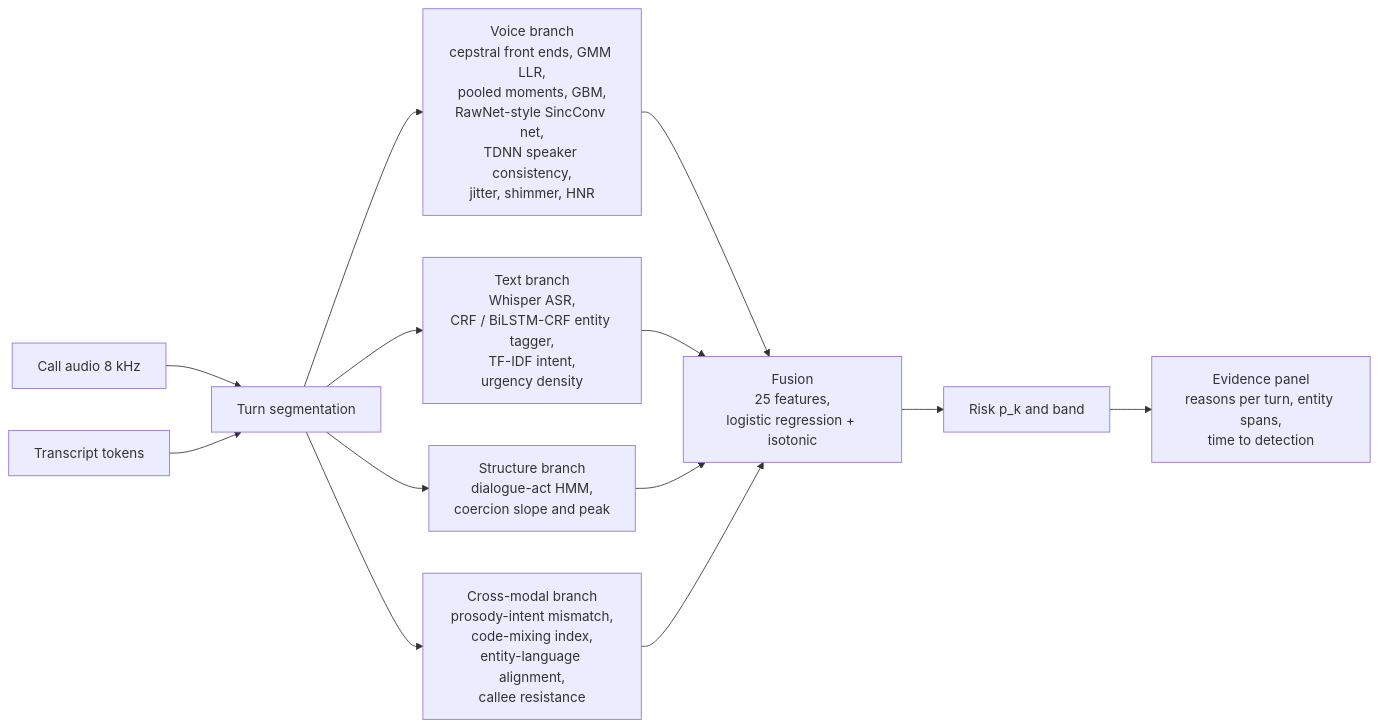
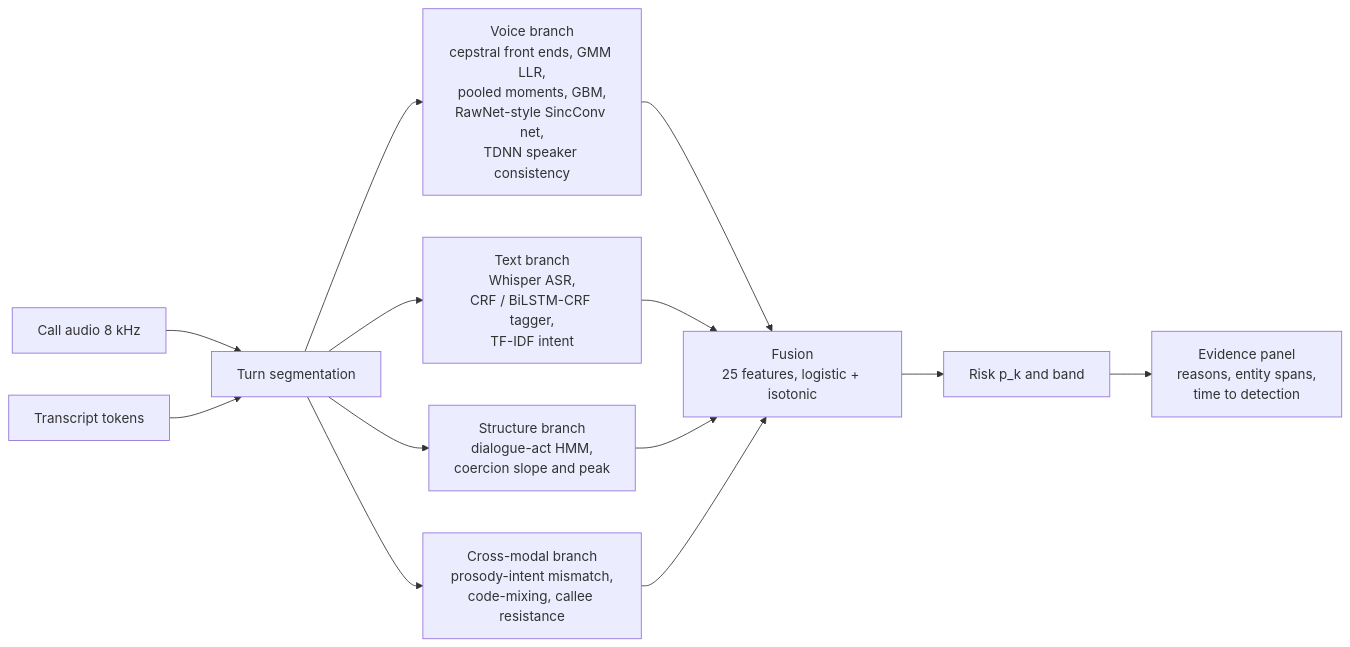
The second of 2 diagrams in docs/PROJECT_REPORT.md (BhavyeNijhawan/svarkavach), drawn with Mermaid before and after one commit. The commit also changed other lines of this file and 8 other files, not shown here.

````diff
--- a/docs/PROJECT_REPORT.md
+++ b/docs/PROJECT_REPORT.md
@@ -283,15 +207,15 @@
 ```mermaid
 flowchart LR
     A[Call audio 8 kHz] --> B[Turn segmentation]
     T[Transcript tokens] --> B
-    B --> V[Voice branch<br/>cepstral front ends, GMM LLR,<br/>pooled moments, GBM,<br/>RawNet-style SincConv net,<br/>TDNN speaker consistency,<br/>jitter, shimmer, HNR]
-    B --> I[Text branch<br/>Whisper ASR,<br/>CRF / BiLSTM-CRF entity tagger,<br/>TF-IDF intent,<br/>urgency density]
+    B --> V[Voice branch<br/>cepstral front ends, GMM LLR,<br/>pooled moments, GBM,<br/>RawNet-style SincConv net,<br/>TDNN speaker consistency]
+    B --> I[Text branch<br/>Whisper ASR,<br/>CRF / BiLSTM-CRF tagger,<br/>TF-IDF intent]
     B --> S[Structure branch<br/>dialogue-act HMM,<br/>coercion slope and peak]
-    B --> X[Cross-modal branch<br/>prosody-intent mismatch,<br/>code-mixing index,<br/>entity-language alignment,<br/>callee resistance]
-    V --> F[Fusion<br/>25 features,<br/>logistic regression + isotonic]
+    B --> X[Cross-modal branch<br/>prosody-intent mismatch,<br/>code-mixing, callee resistance]
+    V --> F[Fusion<br/>25 features, logistic + isotonic]
     I --> F
     S --> F
     X --> F
     F --> R[Risk p_k and band]
-    R --> E[Evidence panel<br/>reasons per turn, entity spans,<br/>time to detection]
+    R --> E[Evidence panel<br/>reasons, entity spans,<br/>time to detection]
 ```
````
